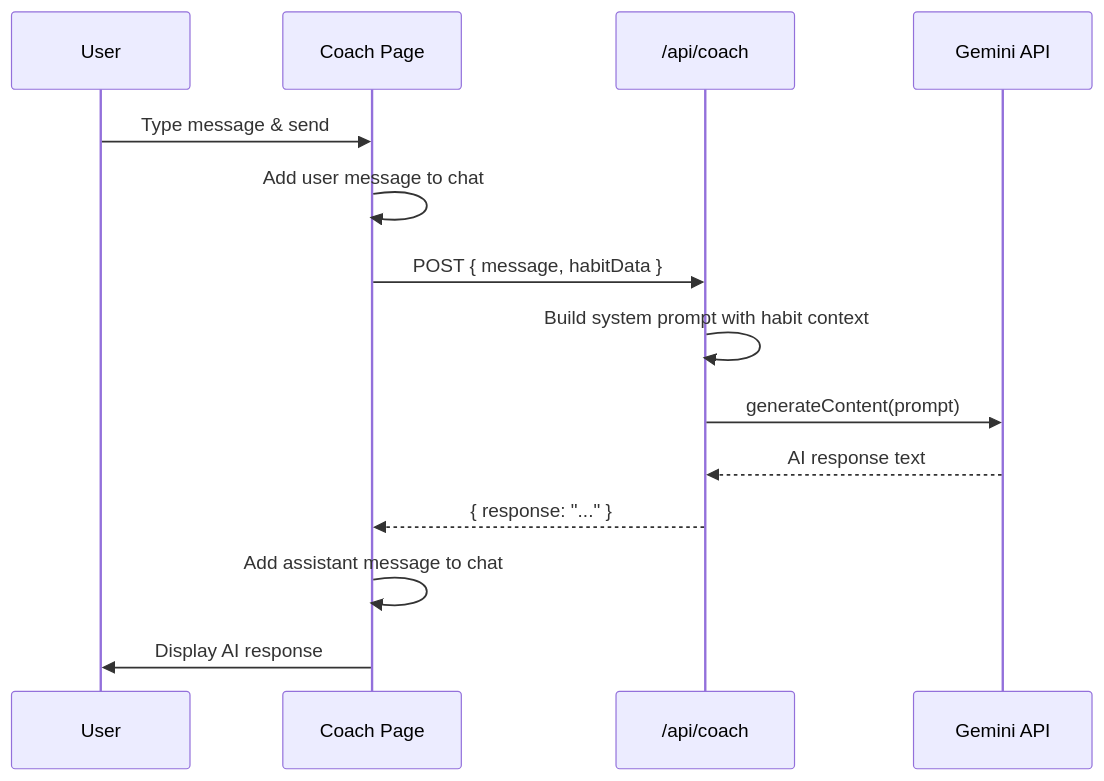
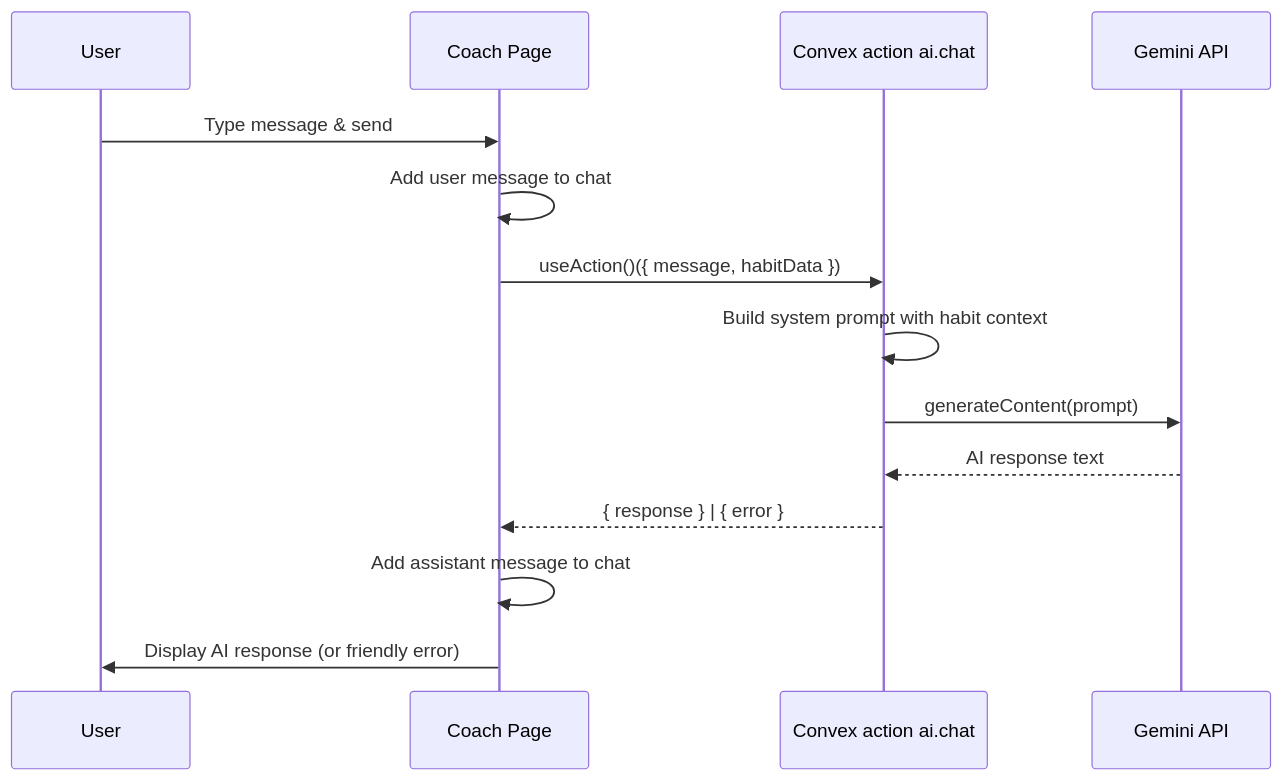
The third of 6 diagrams in docs/ARCHITECTURE.md (Moballig/habitforge), drawn with Mermaid before and after one commit. The commit also changed other lines of this file and 20 other files, not shown here.

````diff
--- a/docs/ARCHITECTURE.md
+++ b/docs/ARCHITECTURE.md
@@ -139,17 +147,17 @@
 ```mermaid
 sequenceDiagram
     participant U as User
     participant UI as Coach Page
-    participant API as /api/coach
+    participant A as Convex action ai.chat
     participant G as Gemini API
 
     U->>UI: Type message & send
     UI->>UI: Add user message to chat
-    UI->>API: POST { message, habitData }
-    API->>API: Build system prompt with habit context
-    API->>G: generateContent(prompt)
-    G-->>API: AI response text
-    API-->>UI: { response: "..." }
+    UI->>A: useAction()({ message, habitData })
+    A->>A: Build system prompt with habit context
+    A->>G: generateContent(prompt)
+    G-->>A: AI response text
+    A-->>UI: { response } | { error }
     UI->>UI: Add assistant message to chat
-    UI->>U: Display AI response
+    UI->>U: Display AI response (or friendly error)
 ```
````
